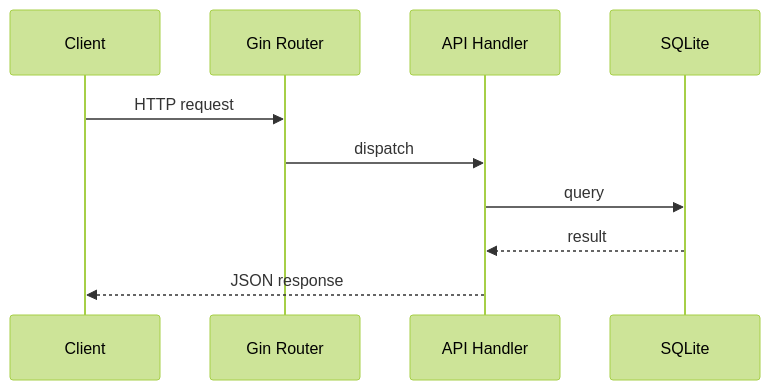
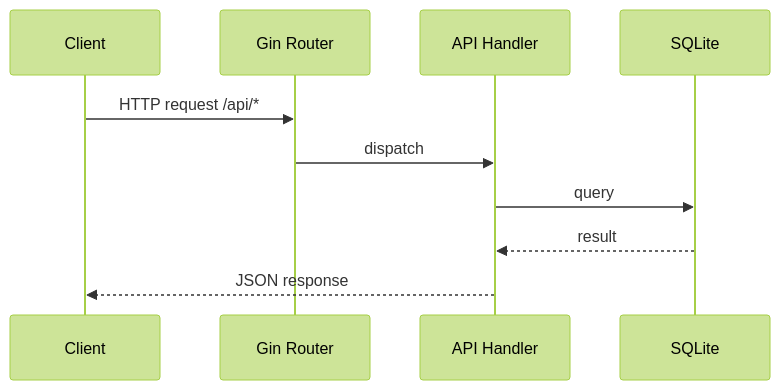
Before and after one commit to alexandru-savinov/BalancedNewsGo: the second of 2 diagrams in docs/request_flow.md, drawn with Mermaid (forest theme). The commit also changed other lines of this file and 152 other files, not shown here.

````diff
--- a/docs/request_flow.md
+++ b/docs/request_flow.md
@@ -21,13 +58,13 @@
 ```mermaid
 sequenceDiagram
     participant Client
     participant Router as Gin Router
     participant Handler as API Handler
     participant DB as SQLite
 
-    Client->>Router: HTTP request
+    Client->>Router: HTTP request /api/*
     Router->>Handler: dispatch
     Handler->>DB: query
     DB-->>Handler: result
     Handler-->>Client: JSON response
 ```
````
